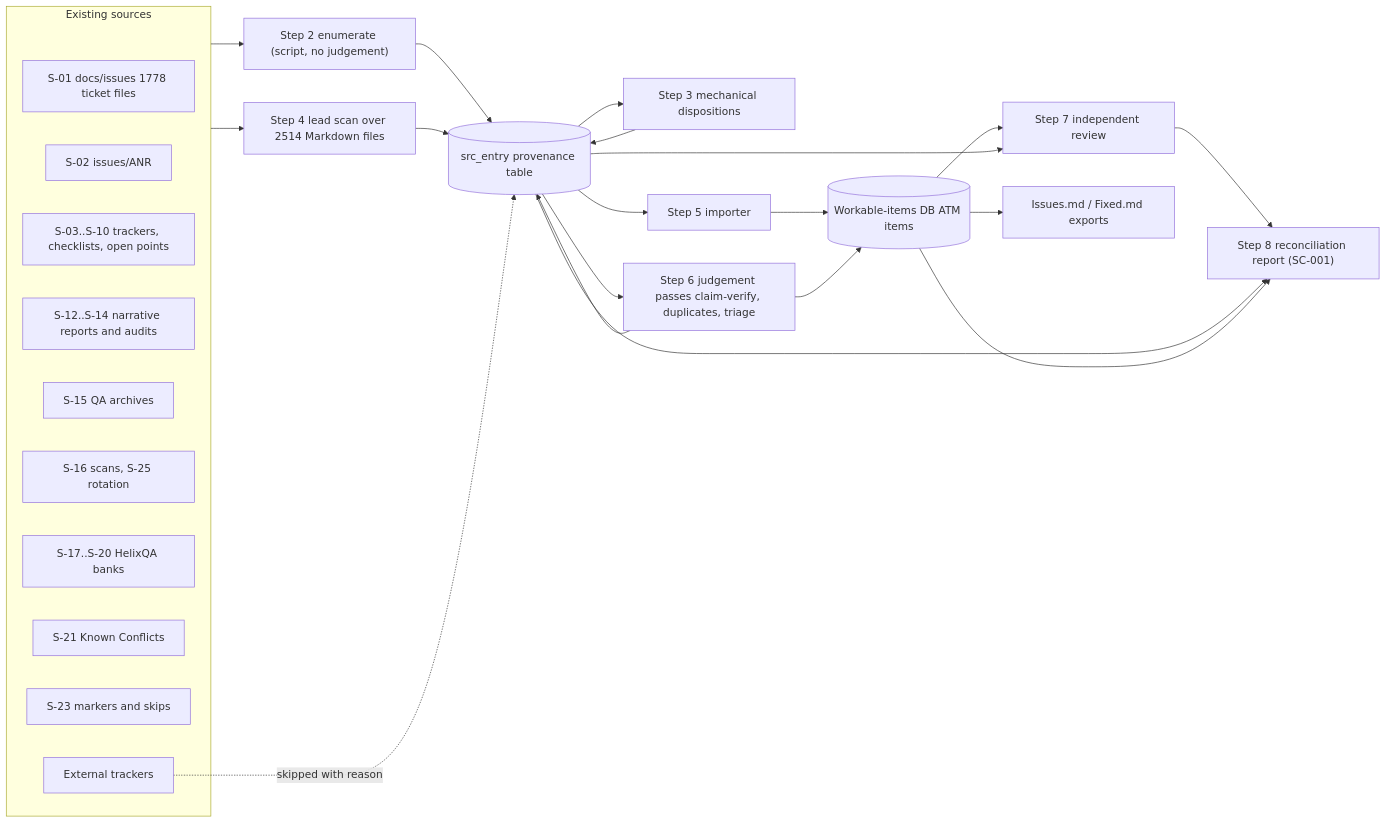
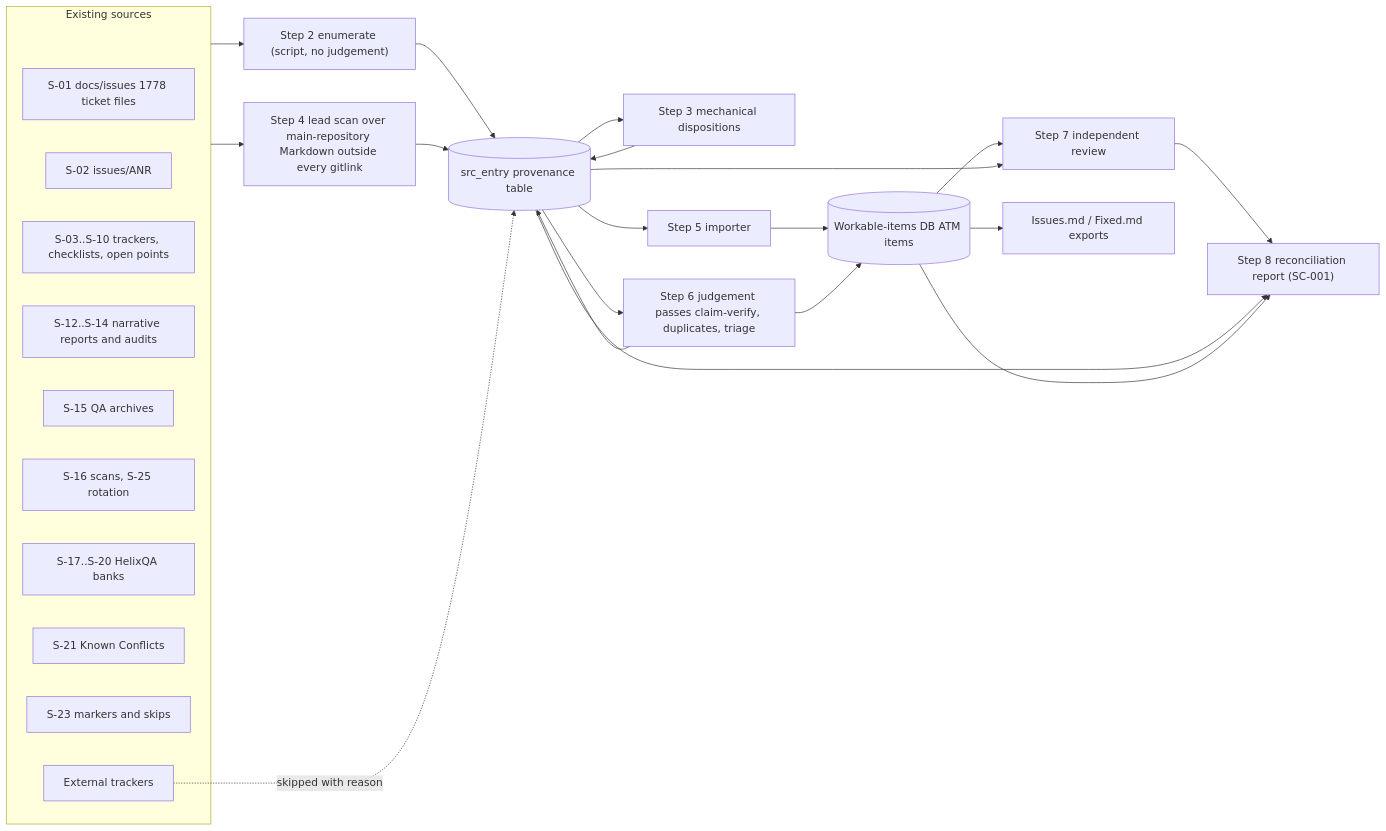
The first of 5 diagrams in specs/001-full-project-audit-remediation/docs/03-existing-issue-inventory.md (vasic-digital/catalogizer), drawn with Mermaid before and after one commit. The commit also changed other lines of this file and 17 other files, not shown here.

````diff
--- a/specs/001-full-project-audit-remediation/docs/03-existing-issue-inventory.md
+++ b/specs/001-full-project-audit-remediation/docs/03-existing-issue-inventory.md
@@ -477,38 +477,38 @@
 ```mermaid
 flowchart LR
     subgraph SRC["Existing sources"]
         S1["S-01 docs/issues 1778 ticket files"]
         S2["S-02 issues/ANR"]
         S3["S-03..S-10 trackers, checklists, open points"]
         S4["S-12..S-14 narrative reports and audits"]
         S5["S-15 QA archives"]
         S6["S-16 scans, S-25 rotation"]
         S7["S-17..S-20 HelixQA banks"]
         S8["S-21 Known Conflicts"]
         S9["S-23 markers and skips"]
         S10["External trackers"]
     end
     ENUM["Step 2 enumerate (script, no judgement)"]
     PROV[("src_entry provenance table")]
     MECH["Step 3 mechanical dispositions"]
-    LEAD["Step 4 lead scan over 2514 Markdown files"]
+    LEAD["Step 4 lead scan over main-repository Markdown outside every gitlink"]
     IMP["Step 5 importer"]
     JUDGE["Step 6 judgement passes claim-verify, duplicates, triage"]
     REV["Step 7 independent review"]
     REG[("Workable-items DB ATM items")]
     OUT["Issues.md / Fixed.md exports"]
     REP["Step 8 reconciliation report (SC-001)"]
     SRC --> ENUM --> PROV
     PROV --> MECH --> PROV
     SRC --> LEAD --> PROV
     PROV --> IMP --> REG
     PROV --> JUDGE --> REG
     JUDGE --> PROV
     REG --> REV
     PROV --> REV
     REV --> REP
     REG --> OUT
     PROV --> REP
     REG --> REP
     S10 -. "skipped with reason" .-> PROV
 ```
````
